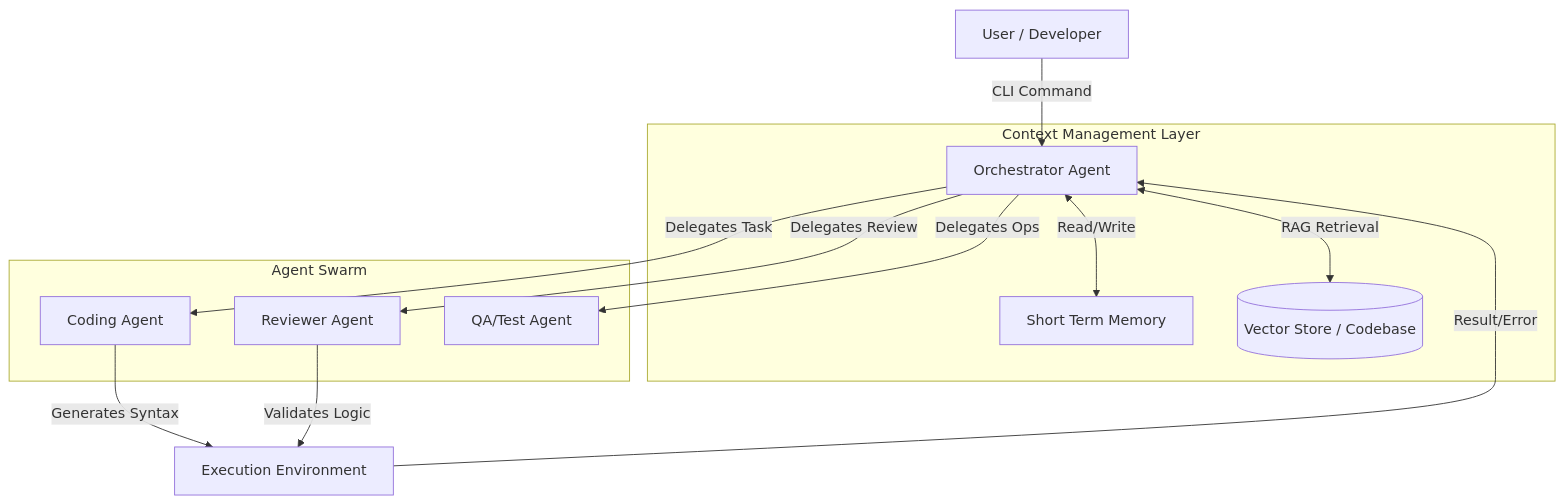
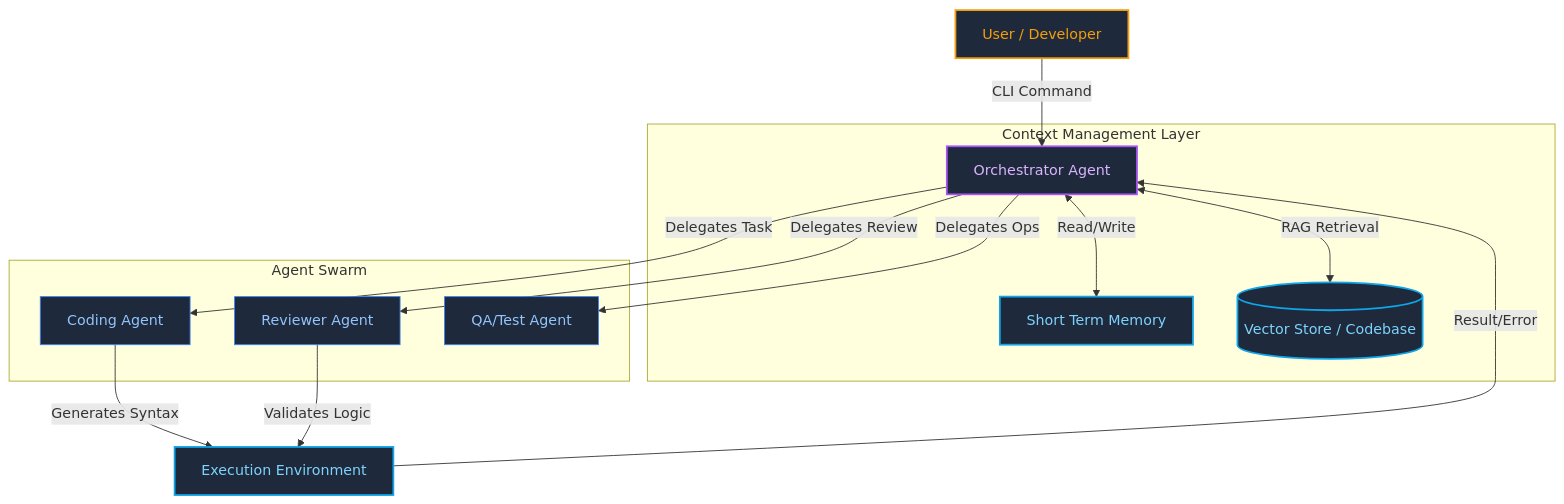
One commit to shifujosh/JACQ-Architecture changed the diagram in README.md. Above: the diagram before and after it, drawn with Mermaid.

Commit message:
feat: Update portfolio assets (AI-Native Architect Revamp)

````diff
--- a/README.md
+++ b/README.md
@@ -9,19 +9,25 @@
 ```mermaid
 graph TD
-    User[User / Developer] -->|CLI Command| Orch[Orchestrator Agent]
+    %% --- Styling (Dark Mode Native) ---
+    classDef user fill:#1e293b,stroke:#f59e0b,stroke-width:2px,color:#f59e0b;
+    classDef brain fill:#1e293b,stroke:#a855f7,stroke-width:2px,color:#d8b4fe;
+    classDef swarm fill:#1e293b,stroke:#3b82f6,stroke-width:1px,color:#93c5fd;
+    classDef data fill:#1e293b,stroke:#0ea5e9,stroke-width:2px,color:#7dd3fc;
+
+    User[User / Developer]:::user -->|CLI Command| Orch[Orchestrator Agent]:::brain
     
     subgraph "Context Management Layer"
-        Orch <-->|Read/Write| ShortMem[Short Term Memory]
-        Orch <-->|RAG Retrieval| LongMem[(Vector Store / Codebase)]
+        Orch <-->|Read/Write| ShortMem[Short Term Memory]:::data
+        Orch <-->|RAG Retrieval| LongMem[(Vector Store / Codebase)]:::data
     end
     
     subgraph "Agent Swarm"
-        Orch -->|Delegates Task| Coder[Coding Agent]
-        Orch -->|Delegates Review| Reviewer[Reviewer Agent]
-        Orch -->|Delegates Ops| QA[QA/Test Agent]
+        Orch -->|Delegates Task| Coder[Coding Agent]:::swarm
+        Orch -->|Delegates Review| Reviewer[Reviewer Agent]:::swarm
+        Orch -->|Delegates Ops| QA[QA/Test Agent]:::swarm
     end
     
-    Coder -->|Generates Syntax| Sandbox[Execution Environment]
+    Coder -->|Generates Syntax| Sandbox[Execution Environment]:::data
     Reviewer -->|Validates Logic| Sandbox
     Sandbox -->|Result/Error| Orch
 ```
````
